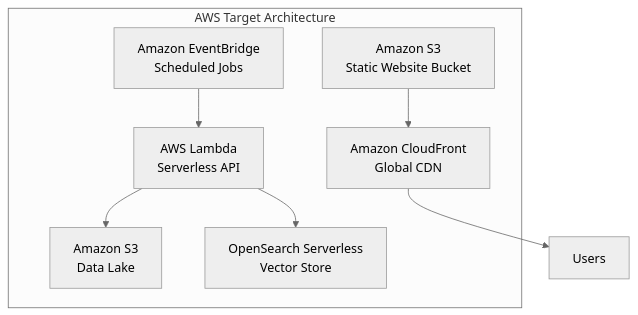
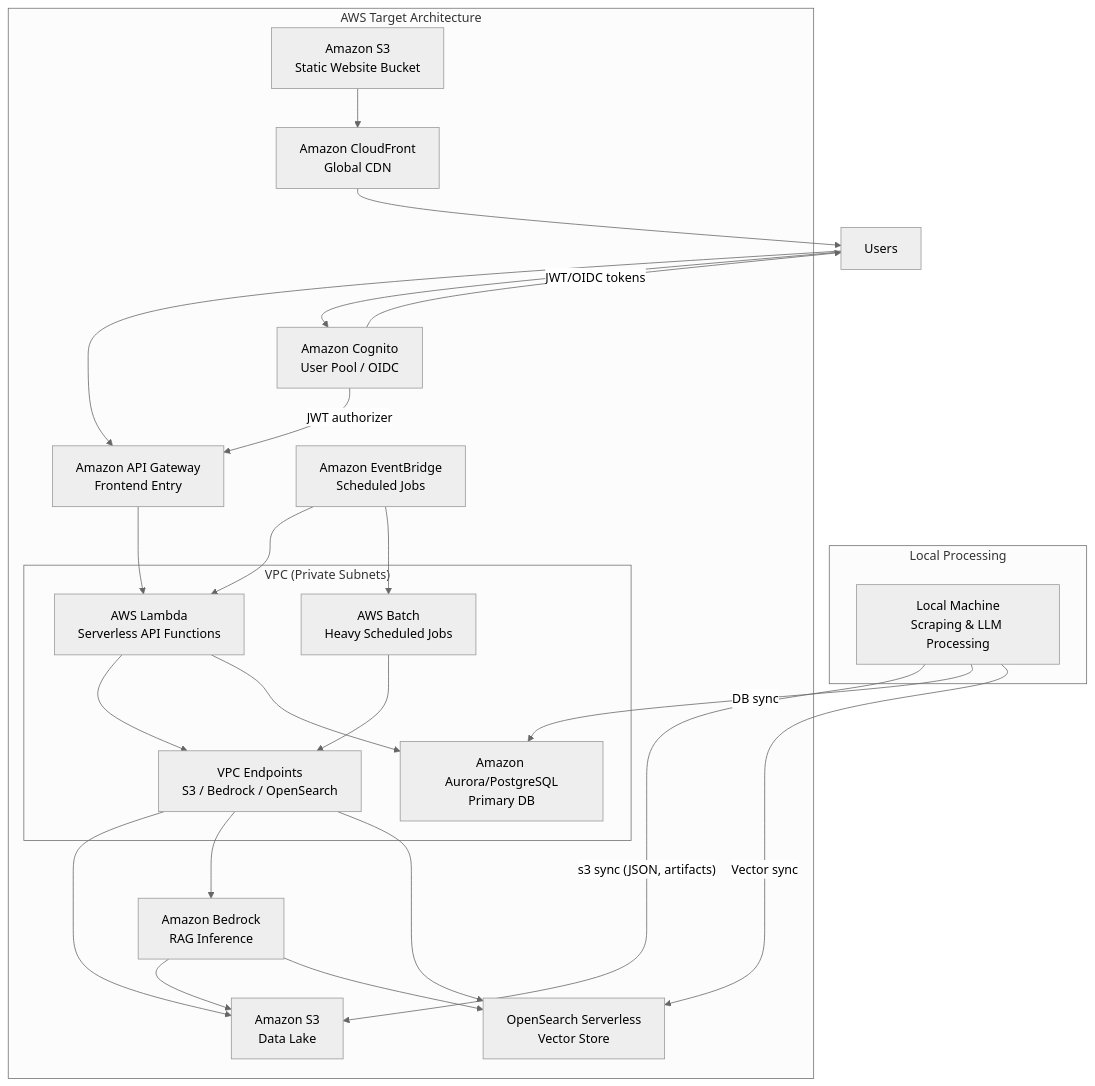
The second of 2 diagrams in README.md (kkatodus/kokkai_analysis), drawn with Mermaid (neutral theme) before and after one commit. The commit also changed other lines of this file, not shown here.

````diff
--- a/README.md
+++ b/README.md
@@ -200,16 +200,43 @@
 ```mermaid
 flowchart TD
+    subgraph Local["Local Processing"]
+        LocalWorker["Local Machine<br/>Scraping & LLM Processing"]
+    end
+
     subgraph AWS["AWS Target Architecture"]
         S3Site["Amazon S3<br/>Static Website Bucket"]
         CloudFront["Amazon CloudFront<br/>Global CDN"]
-        LambdaApi["AWS Lambda<br/>Serverless API"]
+        ApiGateway["Amazon API Gateway<br/>Frontend Entry"]
+        Cognito["Amazon Cognito<br/>User Pool / OIDC"]
         DataLake["Amazon S3<br/>Data Lake"]
         EventBridge["Amazon EventBridge<br/>Scheduled Jobs"]
+        Bedrock["Amazon Bedrock<br/>RAG Inference"]
         VectorDB["OpenSearch Serverless<br/>Vector Store"]
+        subgraph VPC["VPC (Private Subnets)"]
+            LambdaApi["AWS Lambda<br/>Serverless API Functions"]
+            BatchJobs["AWS Batch<br/>Heavy Scheduled Jobs"]
+            RelationalDB["Amazon Aurora/PostgreSQL<br/>Primary DB"]
+            VpcEndpoints["VPC Endpoints<br/>S3 / Bedrock / OpenSearch"]
+        end
     end
 
     S3Site --> CloudFront --> EndUsers["Users"]
+    EndUsers --> ApiGateway
+    EndUsers --> Cognito
+    Cognito -- "JWT/OIDC tokens" --> EndUsers
+    Cognito -- "JWT authorizer" --> ApiGateway
+    ApiGateway --> LambdaApi
     EventBridge --> LambdaApi
-    LambdaApi --> DataLake
-    LambdaApi --> VectorDB
+    EventBridge --> BatchJobs
+    BatchJobs --> VpcEndpoints
+    LambdaApi --> VpcEndpoints
+    VpcEndpoints --> DataLake
+    VpcEndpoints --> Bedrock
+    VpcEndpoints --> VectorDB
+    LambdaApi --> RelationalDB
+    Bedrock --> DataLake
+    Bedrock --> VectorDB
+    LocalWorker -- "s3 sync (JSON, artifacts)" --> DataLake
+    LocalWorker -- "DB sync" --> RelationalDB
+    LocalWorker -- "Vector sync" --> VectorDB
 ```
````
